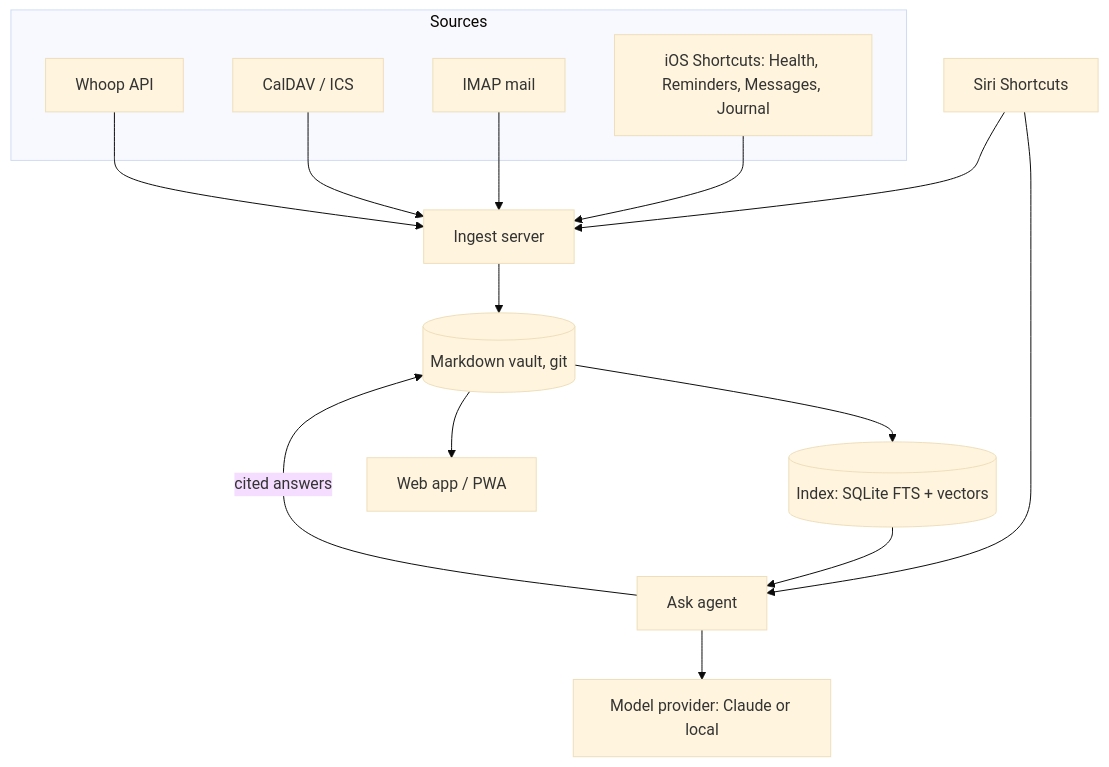
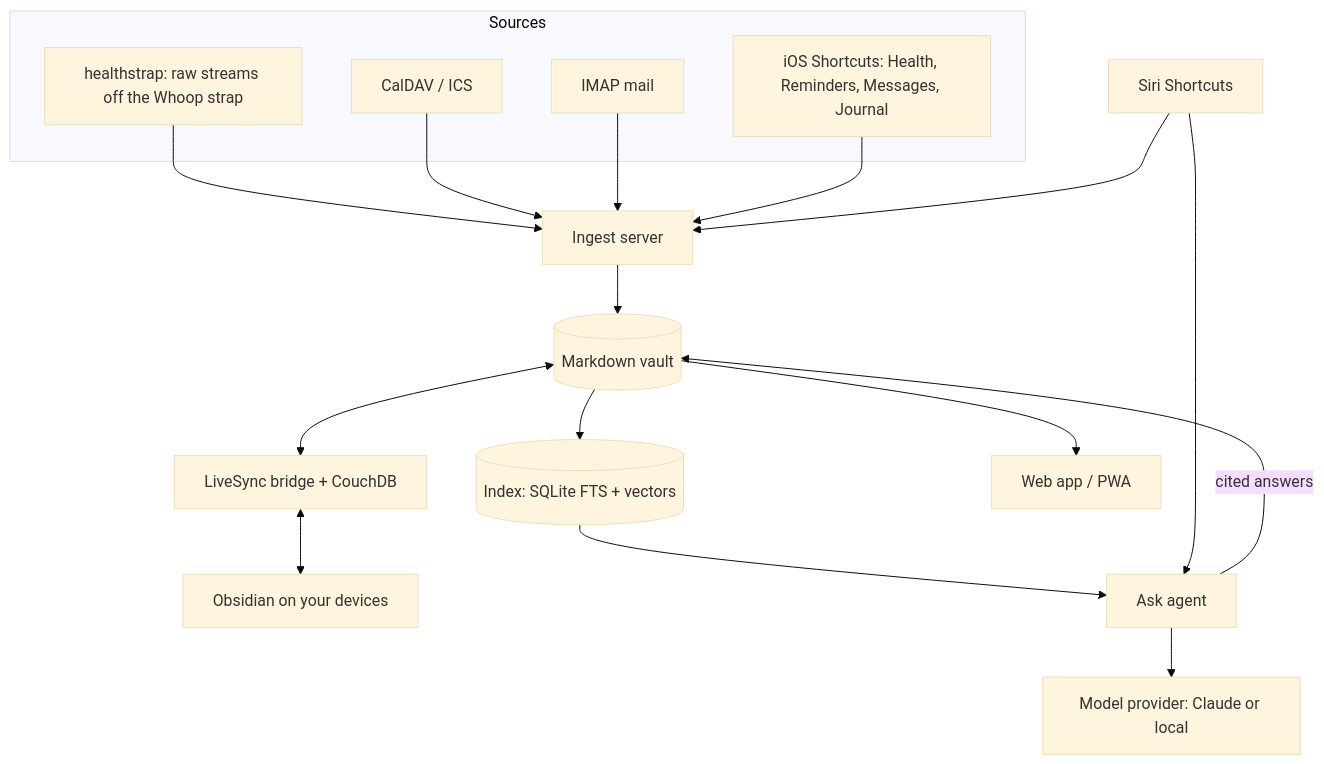
One commit to pkrshnan/dashboardify changed the diagram in docs/architecture.md. Above: the diagram before and after it, drawn with Mermaid (base theme). The commit also changed other lines of this file and 3 other files, not shown here.

First line of the commit message:
Plan: sync the vault with LiveSync, health straight off the strap (#18)

````diff
--- a/docs/architecture.md
+++ b/docs/architecture.md
@@ -15,18 +15,19 @@
 ```mermaid
 flowchart TD
   subgraph Sources
-    W[Whoop API]
+    W[healthstrap: raw streams off the Whoop strap]
     C[CalDAV / ICS]
     M[IMAP mail]
     S[iOS Shortcuts: Health, Reminders, Messages, Journal]
   end
   W & C & M & S --> I[Ingest server]
-  I --> V[(Markdown vault, git)]
+  I --> V[(Markdown vault)]
+  V <--> L[LiveSync bridge + CouchDB] <--> O[Obsidian on your devices]
   V --> X[(Index: SQLite FTS + vectors)]
   X --> A[Ask agent]
   A --> P[Model provider: Claude or local]
   A -- cited answers --> V
   V --> U[Web app / PWA]
   Siri[Siri Shortcuts] --> A
   Siri --> I
 ```
````
